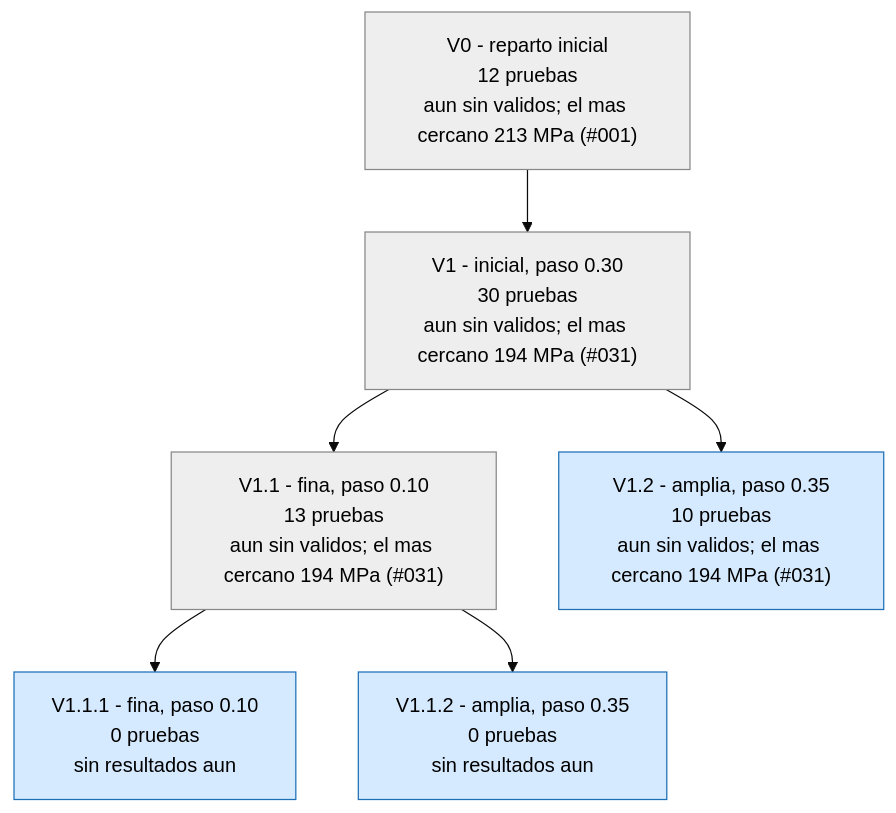
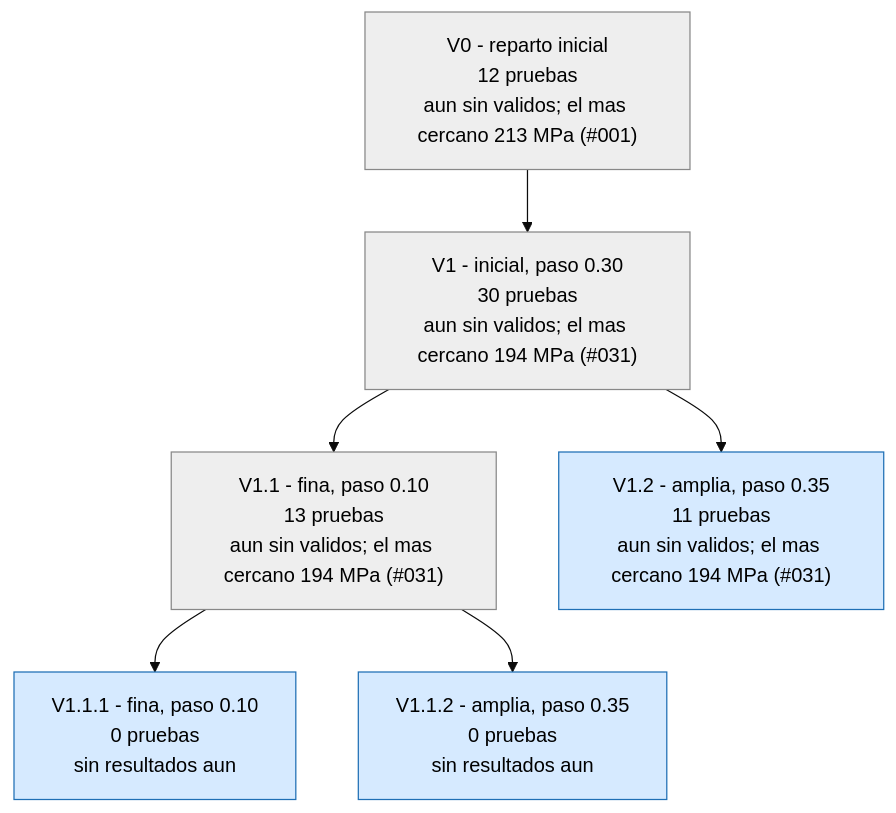
The first of 3 diagrams in runs/opt_37800N/ARBOL.md (Hugiko/msd-soporte-optimizacion), drawn with Mermaid (base theme) before and after one commit. The commit also changed 23 other files, not shown here.

````diff
--- a/runs/opt_37800N/ARBOL.md
+++ b/runs/opt_37800N/ARBOL.md
@@ -9,17 +9,17 @@
 ```mermaid
 graph TD
 classDef activa fill:#d6eaff,stroke:#1f6fb5,color:#000
 classDef fin fill:#eeeeee,stroke:#888,color:#000
 classDef mejor fill:#c8f0c0,stroke:#1a9850,stroke-width:4px,color:#000
 V0["V0 - reparto inicial<br/>12 pruebas<br/>aun sin validos; el mas cercano 213 MPa (#001)"]:::fin
 V1["V1 - inicial, paso 0.30<br/>30 pruebas<br/>aun sin validos; el mas cercano 194 MPa (#031)"]:::fin
 V0 --> V1
 V1_1["V1.1 - fina, paso 0.10<br/>13 pruebas<br/>aun sin validos; el mas cercano 194 MPa (#031)"]:::fin
 V1 --> V1_1
-V1_2["V1.2 - amplia, paso 0.35<br/>10 pruebas<br/>aun sin validos; el mas cercano 194 MPa (#031)"]:::activa
+V1_2["V1.2 - amplia, paso 0.35<br/>11 pruebas<br/>aun sin validos; el mas cercano 194 MPa (#031)"]:::activa
 V1 --> V1_2
 V1_1_1["V1.1.1 - fina, paso 0.10<br/>0 pruebas<br/>sin resultados aun"]:::activa
 V1_1 --> V1_1_1
 V1_1_2["V1.1.2 - amplia, paso 0.35<br/>0 pruebas<br/>sin resultados aun"]:::activa
 V1_1 --> V1_1_2
 ```
````
